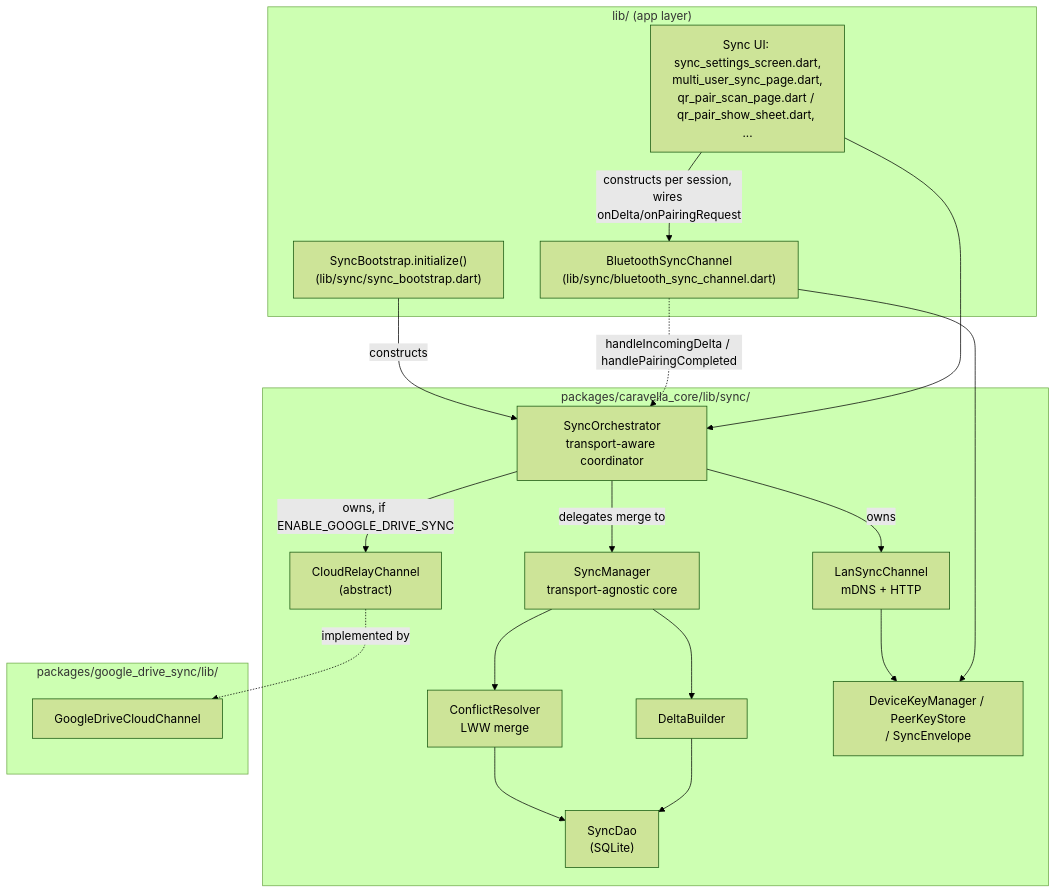
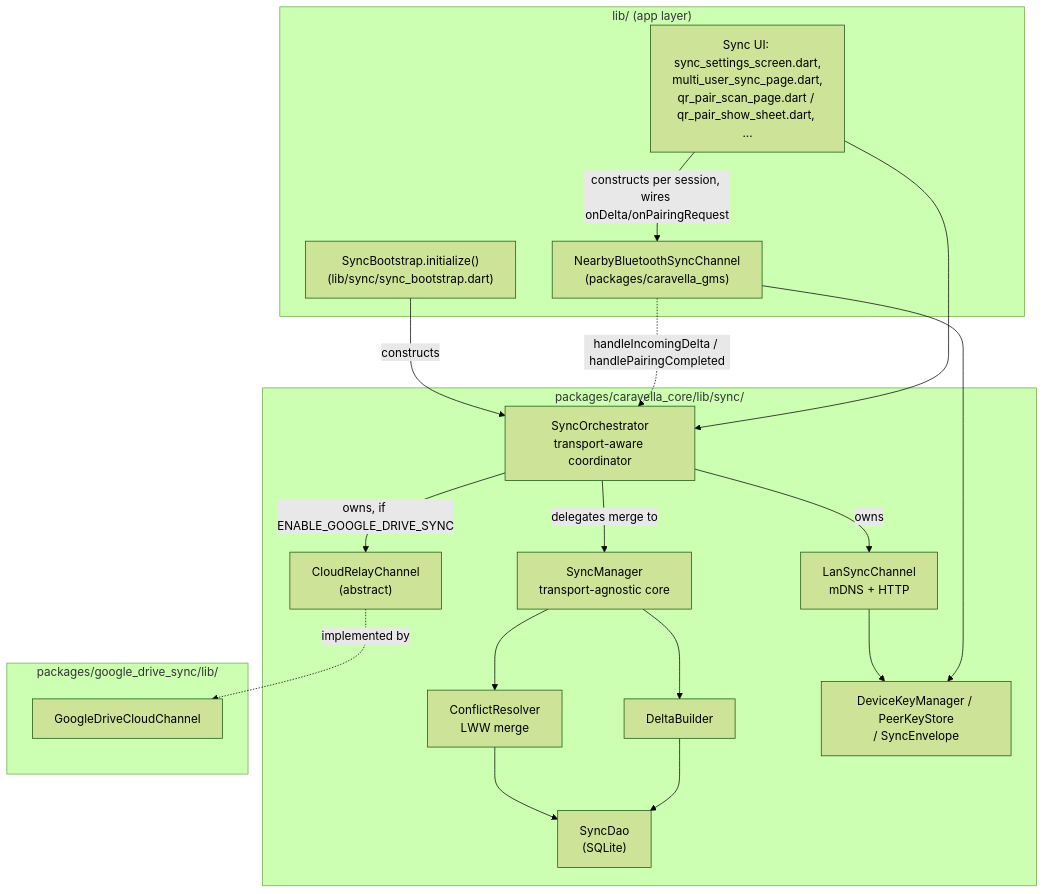
One commit to calca/caravella changed the first of 3 diagrams in docs/SYNC_ARCHITECTURE.md. Above: the diagram before and after it, drawn with Mermaid (forest theme). The commit also changed other lines of this file and 79 other files, not shown here.

First line of the commit message:
Isolate proprietary Google libraries in caravella_gms; FOSS build variant

````diff
--- a/docs/SYNC_ARCHITECTURE.md
+++ b/docs/SYNC_ARCHITECTURE.md
@@ -9,38 +9,38 @@
 ```mermaid
 flowchart TB
     subgraph app["lib/ (app layer)"]
         UI["Sync UI: sync_settings_screen.dart,\nmulti_user_sync_page.dart,\nqr_pair_scan_page.dart / qr_pair_show_sheet.dart, ..."]
-        BT["BluetoothSyncChannel\n(lib/sync/bluetooth_sync_channel.dart)"]
+        BT["NearbyBluetoothSyncChannel\n(packages/caravella_gms)"]
         Bootstrap["SyncBootstrap.initialize()\n(lib/sync/sync_bootstrap.dart)"]
     end
 
     subgraph core["packages/caravella_core/lib/sync/"]
         Orch["SyncOrchestrator\ntransport-aware coordinator"]
         Mgr["SyncManager\ntransport-agnostic core"]
         Resolver["ConflictResolver\nLWW merge"]
         Builder["DeltaBuilder"]
         Dao["SyncDao\n(SQLite)"]
         LAN["LanSyncChannel\nmDNS + HTTP"]
         CloudIface["CloudRelayChannel\n(abstract)"]
         Crypto["DeviceKeyManager / PeerKeyStore\n/ SyncEnvelope"]
     end
 
     subgraph cloud["packages/google_drive_sync/lib/"]
         Drive["GoogleDriveCloudChannel"]
     end
 
     Bootstrap -->|constructs| Orch
     Orch -->|owns| LAN
     Orch -->|owns, if ENABLE_GOOGLE_DRIVE_SYNC| CloudIface
     CloudIface -.implemented by.-> Drive
     Orch -->|delegates merge to| Mgr
     Mgr --> Resolver
     Mgr --> Builder
     Resolver --> Dao
     Builder --> Dao
     LAN --> Crypto
     BT --> Crypto
     UI -->|constructs per session, wires onDelta/onPairingRequest| BT
     BT -.->|handleIncomingDelta / handlePairingCompleted| Orch
     UI --> Orch
 ```
````
